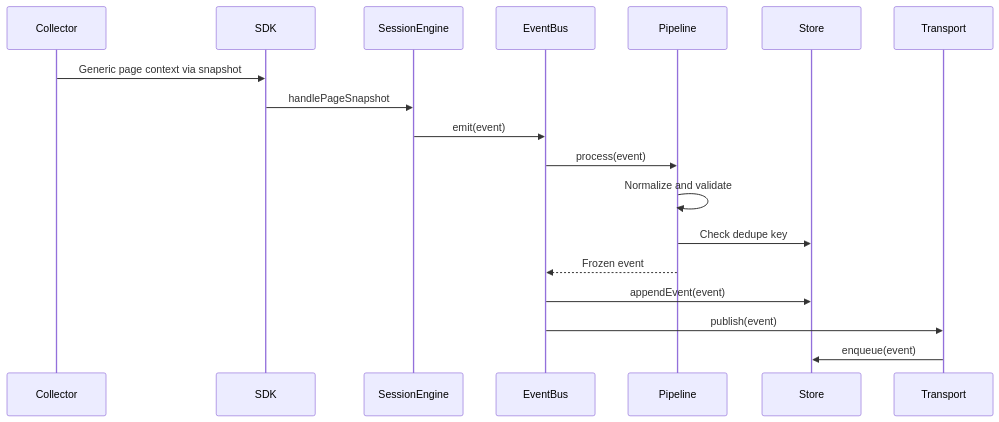
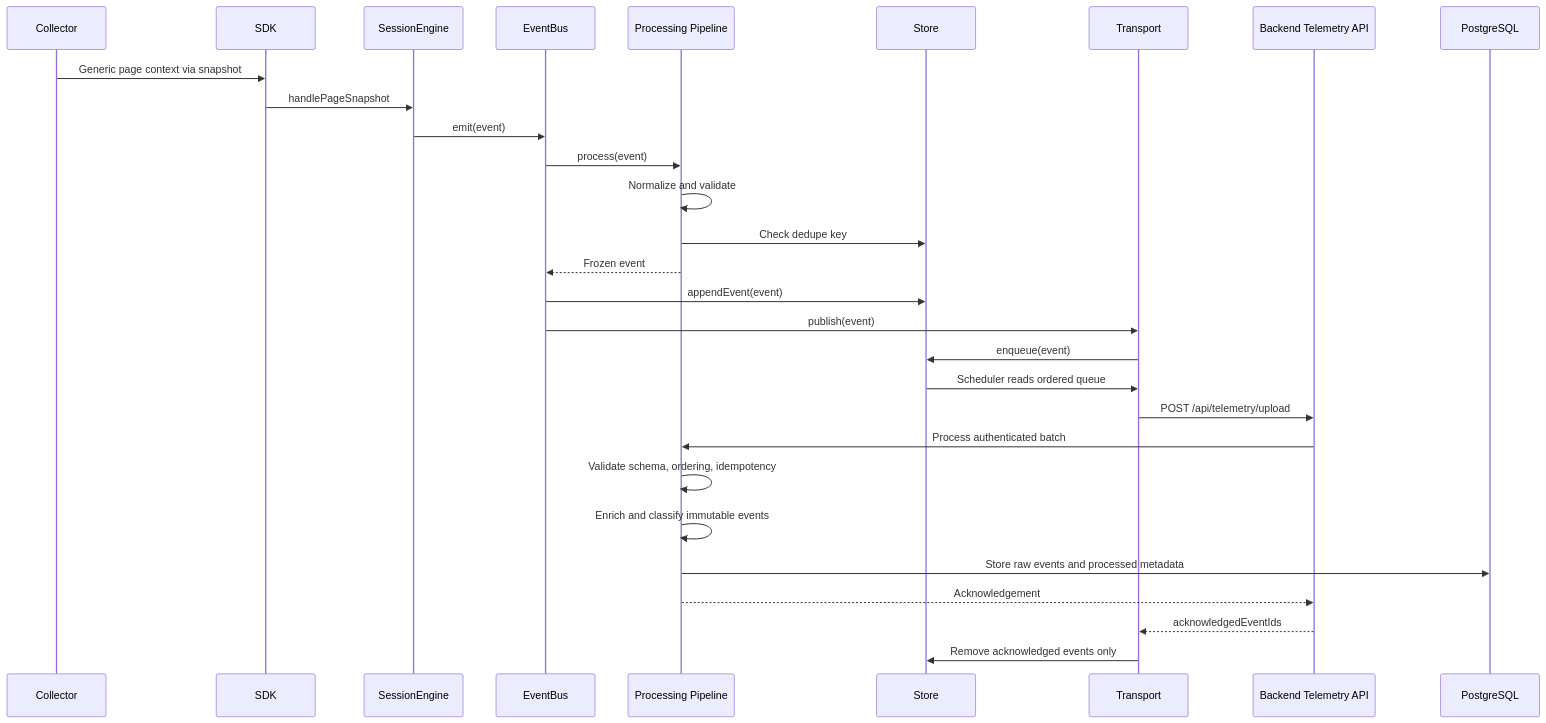
Before and after one commit to Absosh/CPInsight: the diagram in docs/sequence/telemetry-flow.md, drawn with Mermaid. The commit also changed other lines of this file and 52 other files, not shown here.

Commit message:
feat(telemetry): add reliable upload and processing pipeline

````diff
--- a/docs/sequence/telemetry-flow.md
+++ b/docs/sequence/telemetry-flow.md
@@ -5,21 +5,33 @@
 ```mermaid
 sequenceDiagram
   participant Collector
   participant SDK
   participant SessionEngine
   participant EventBus
   participant Pipeline
   participant Store
   participant Transport
+  participant API as Backend Telemetry API
+  participant Pipeline as Processing Pipeline
+  participant DB as PostgreSQL
 
   Collector->>SDK: Generic page context via snapshot
   SDK->>SessionEngine: handlePageSnapshot
   SessionEngine->>EventBus: emit(event)
   EventBus->>Pipeline: process(event)
   Pipeline->>Pipeline: Normalize and validate
   Pipeline->>Store: Check dedupe key
   Pipeline-->>EventBus: Frozen event
   EventBus->>Store: appendEvent(event)
   EventBus->>Transport: publish(event)
   Transport->>Store: enqueue(event)
+  Store->>Transport: Scheduler reads ordered queue
+  Transport->>API: POST /api/telemetry/upload
+  API->>Pipeline: Process authenticated batch
+  Pipeline->>Pipeline: Validate schema, ordering, idempotency
+  Pipeline->>Pipeline: Enrich and classify immutable events
+  Pipeline->>DB: Store raw events and processed metadata
+  Pipeline-->>API: Acknowledgement
+  API-->>Transport: acknowledgedEventIds
+  Transport->>Store: Remove acknowledged events only
 ```
````
